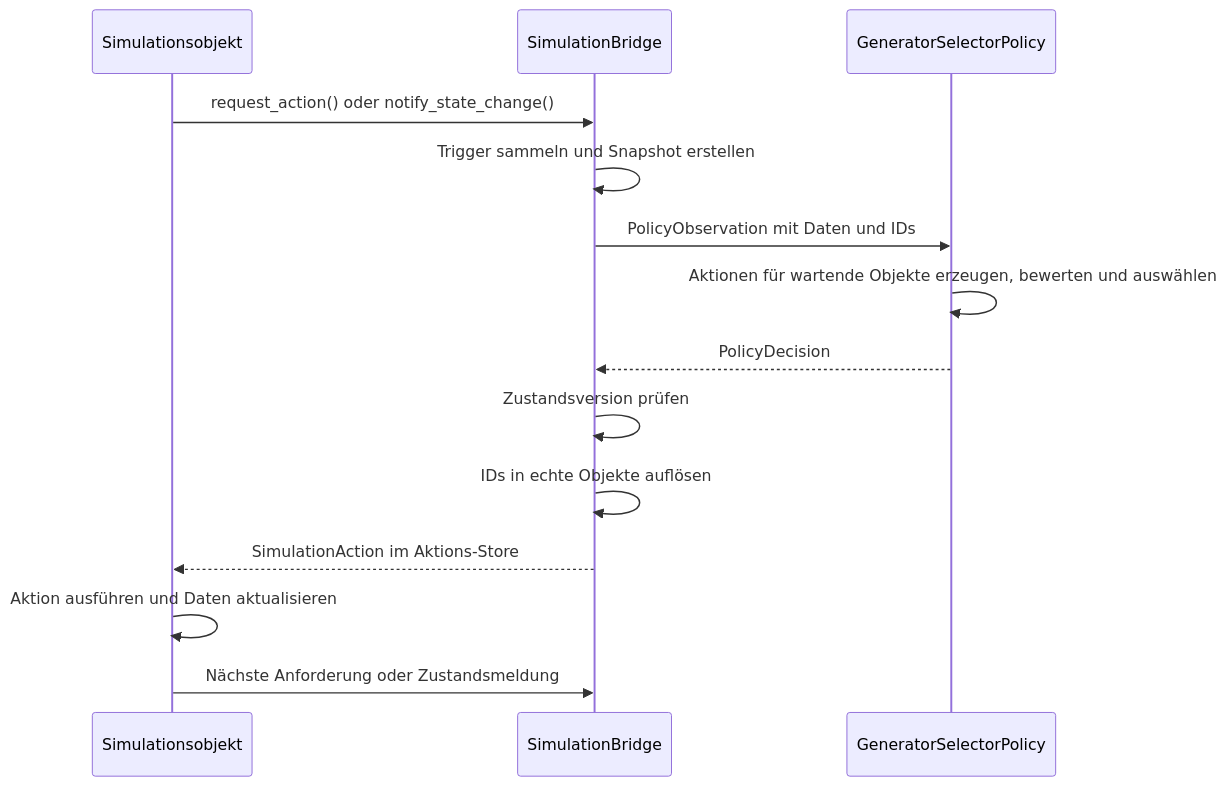
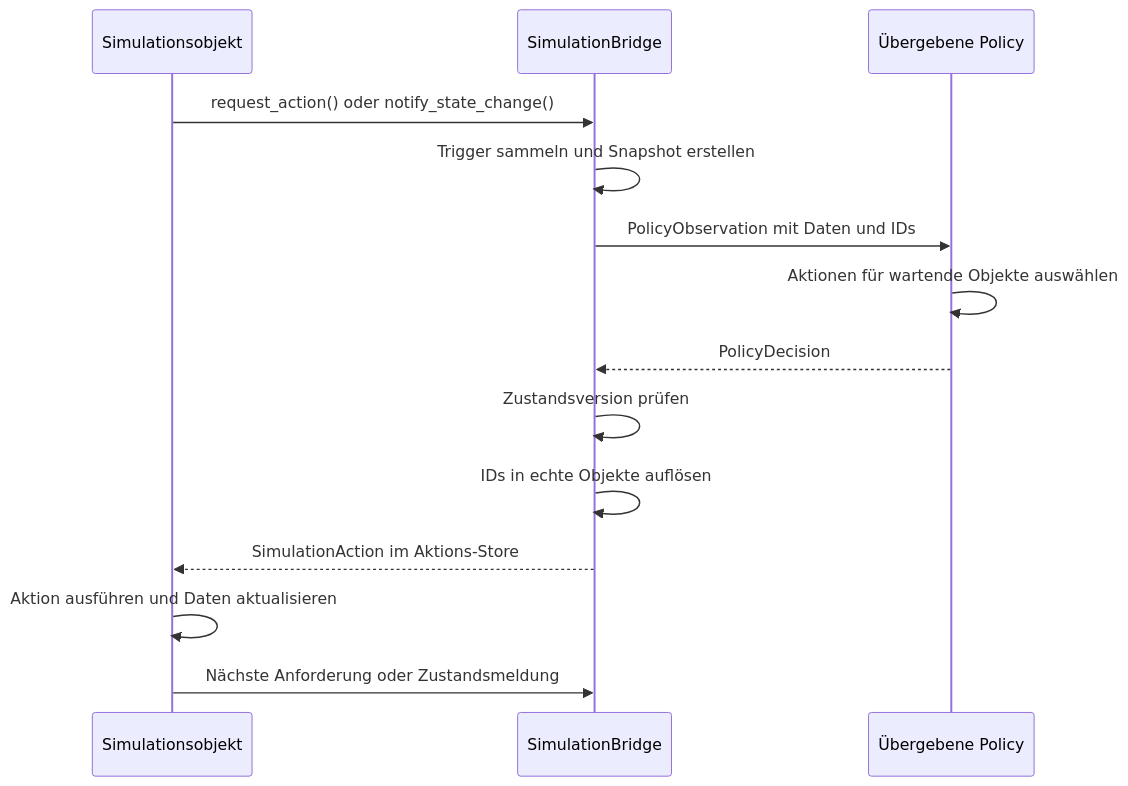
Before and after one commit to ghackenberg/SpineML: the fifth of 14 diagrams in README.md, drawn with Mermaid. The commit also changed other lines of this file and 52 other files, not shown here.

Commit message:
Separate policy architecture and publish RL environment and runtime tools

````diff
--- a/README.md
+++ b/README.md
@@ -1080,17 +1094,17 @@
 ```mermaid
 sequenceDiagram
     participant Sim as Simulationsobjekt
     participant Bridge as SimulationBridge
-    participant Policy as GeneratorSelectorPolicy
+    participant Policy as Übergebene Policy
 
     Sim->>Bridge: request_action() oder notify_state_change()
     Bridge->>Bridge: Trigger sammeln und Snapshot erstellen
     Bridge->>Policy: PolicyObservation mit Daten und IDs
-    Policy->>Policy: Aktionen für wartende Objekte erzeugen, bewerten und auswählen
+    Policy->>Policy: Aktionen für wartende Objekte auswählen
     Policy-->>Bridge: PolicyDecision
     Bridge->>Bridge: Zustandsversion prüfen
     Bridge->>Bridge: IDs in echte Objekte auflösen
     Bridge-->>Sim: SimulationAction im Aktions-Store
     Sim->>Sim: Aktion ausführen und Daten aktualisieren
     Sim->>Bridge: Nächste Anforderung oder Zustandsmeldung
 ```
````
